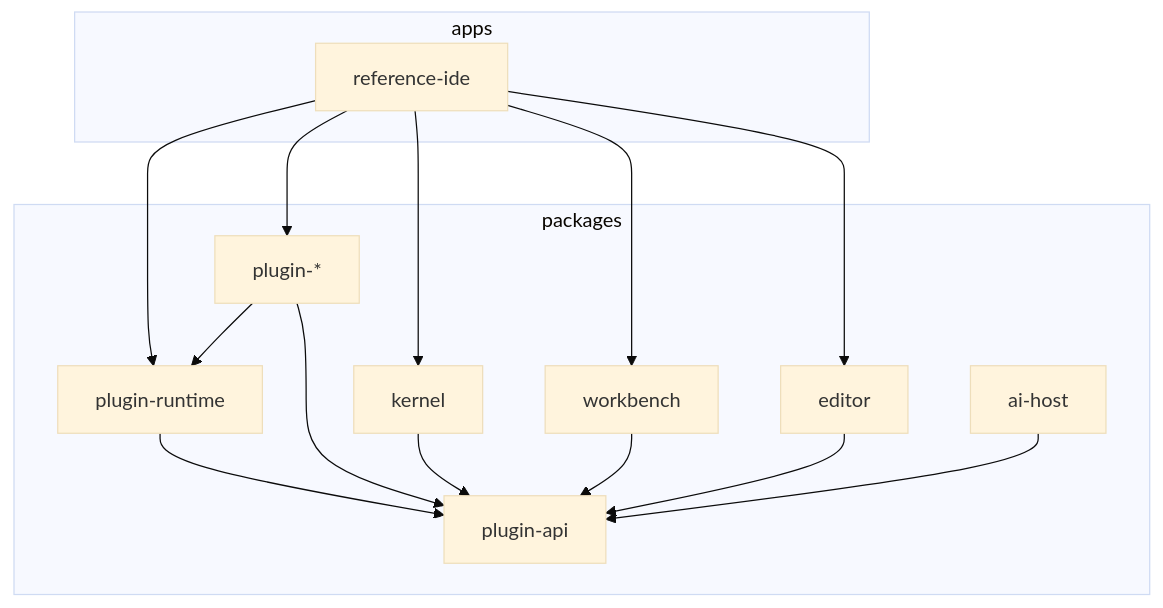
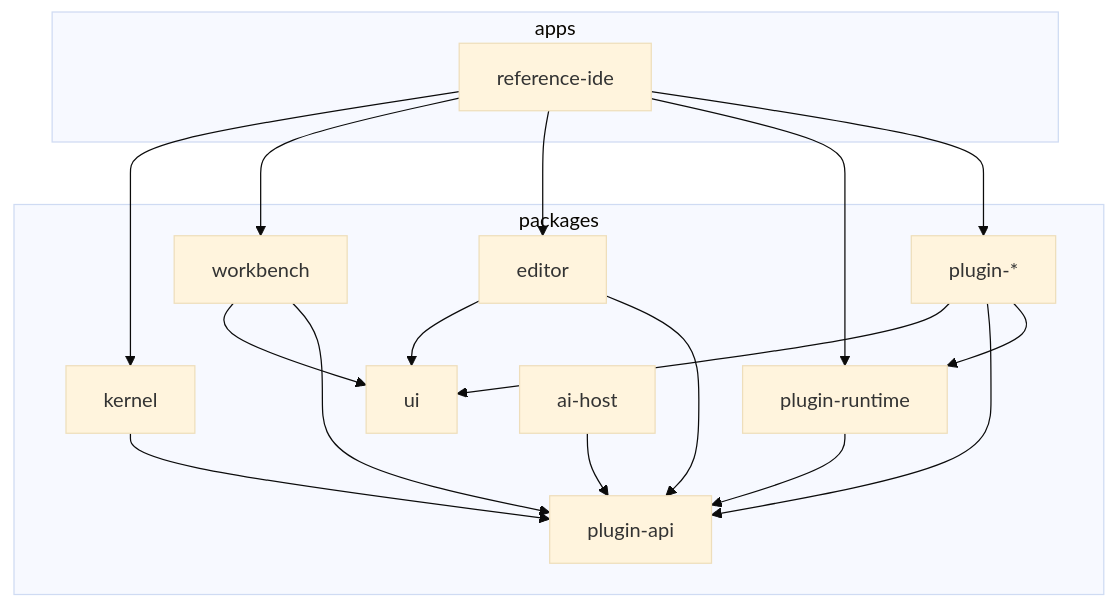
Before and after one commit to easyspace-ai/molecule: the first of 6 diagrams in docs/DESIGN-ROADMAP.md, drawn with Mermaid (base theme). The commit also changed other lines of this file and 47 other files, not shown here.

````diff
--- a/docs/DESIGN-ROADMAP.md
+++ b/docs/DESIGN-ROADMAP.md
@@ -52,27 +53,31 @@
 ```mermaid
 graph TB
   subgraph apps
     REF[reference-ide]
   end
   subgraph packages
+    UI_PKG[ui]
     K[kernel]
     WB[workbench]
     ED[editor]
     API[plugin-api]
     RT[plugin-runtime]
     AI[ai-host]
     PL[plugin-*]
   end
   REF --> K
   REF --> WB
   REF --> ED
   REF --> RT
   REF --> PL
+  WB --> UI_PKG
+  ED --> UI_PKG
+  PL --> UI_PKG
   RT --> API
   PL --> API
   K --> API
   WB --> API
   ED --> API
   AI --> API
   PL --> RT
 ```
````
